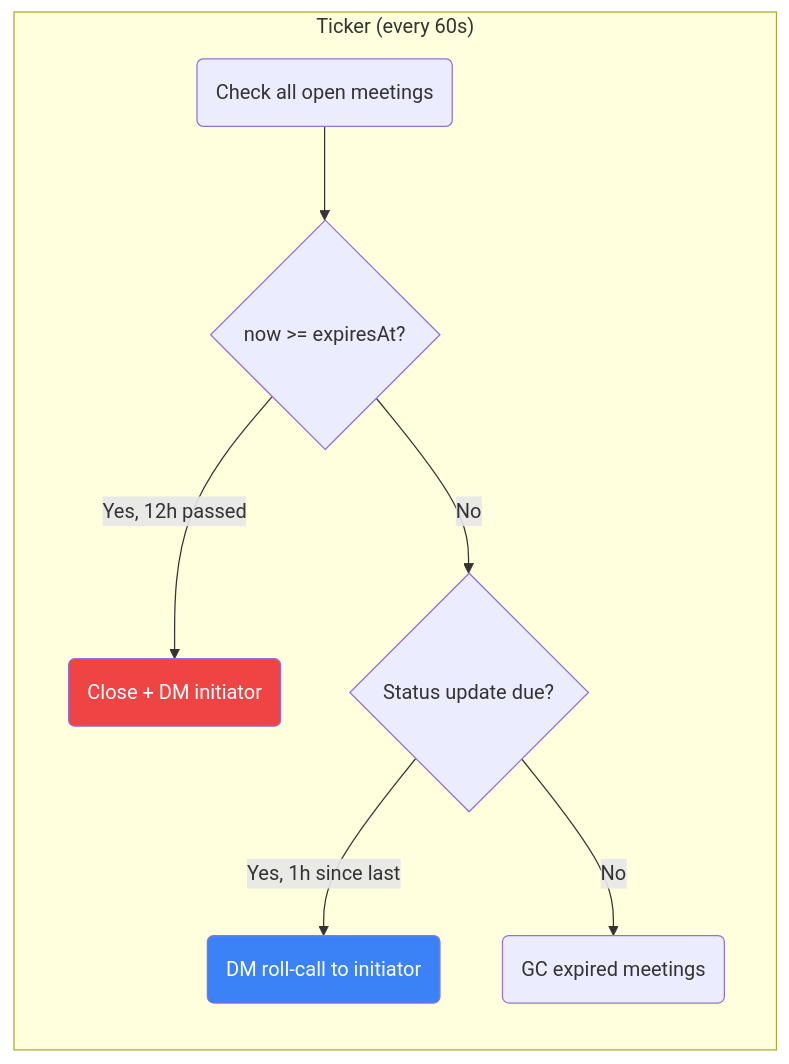
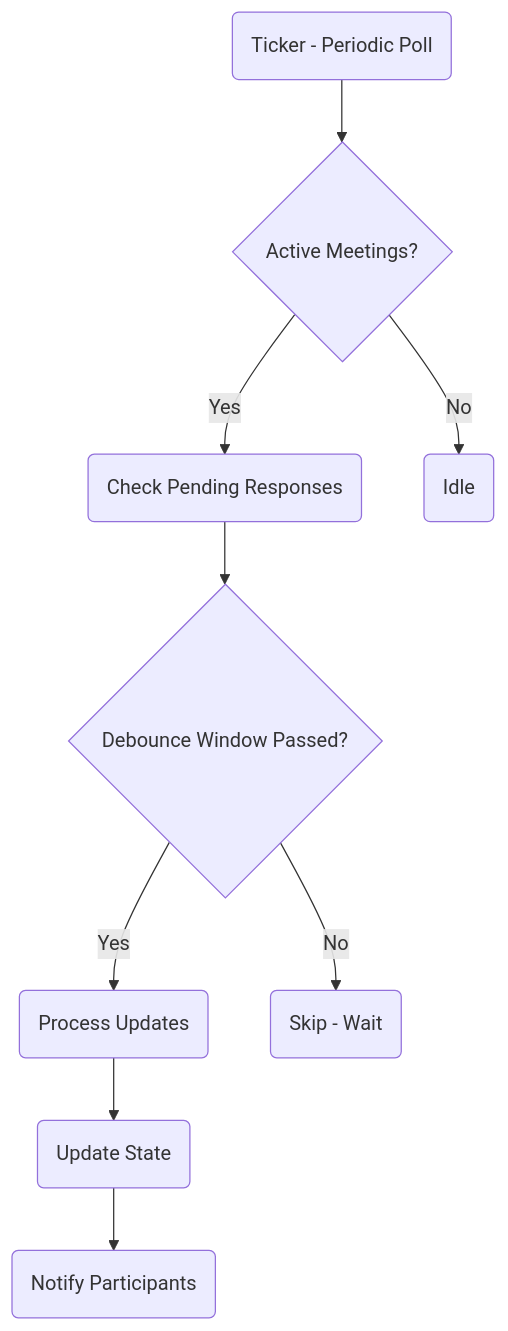
One commit to javana3/claw_meeting_all changed the sixth of 6 diagrams in README.md. Above: the diagram before and after it, drawn with Mermaid. The commit also changed other lines of this file and 11 other files, not shown here.

````diff
--- a/README.md
+++ b/README.md
@@ -208,20 +112,11 @@
 ```mermaid
-flowchart LR
-    subgraph "Ticker (every 60s)"
-        T1(Check all open meetings)
-        T2{now >= expiresAt?}
-        T3(Close + DM initiator)
-        T4{Status update due?}
-        T5(DM roll-call to initiator)
-        T6(GC expired meetings)
-    end
-
-    T1 --> T2
-    T2 -->|Yes, 12h passed| T3
-    T2 -->|No| T4
-    T4 -->|Yes, 1h since last| T5
-    T4 -->|No| T6
-
-    style T3 fill:#ef4444,color:#fff
-    style T5 fill:#3b82f6,color:#fff
+graph TD
+    A(Ticker - Periodic Poll) --> B{Active Meetings?}
+    B -->|Yes| C(Check Pending Responses)
+    C --> D{Debounce Window Passed?}
+    D -->|Yes| E(Process Updates)
+    D -->|No| F(Skip - Wait)
+    B -->|No| G(Idle)
+    E --> H(Update State)
+    H --> I(Notify Participants)
 ```
````
